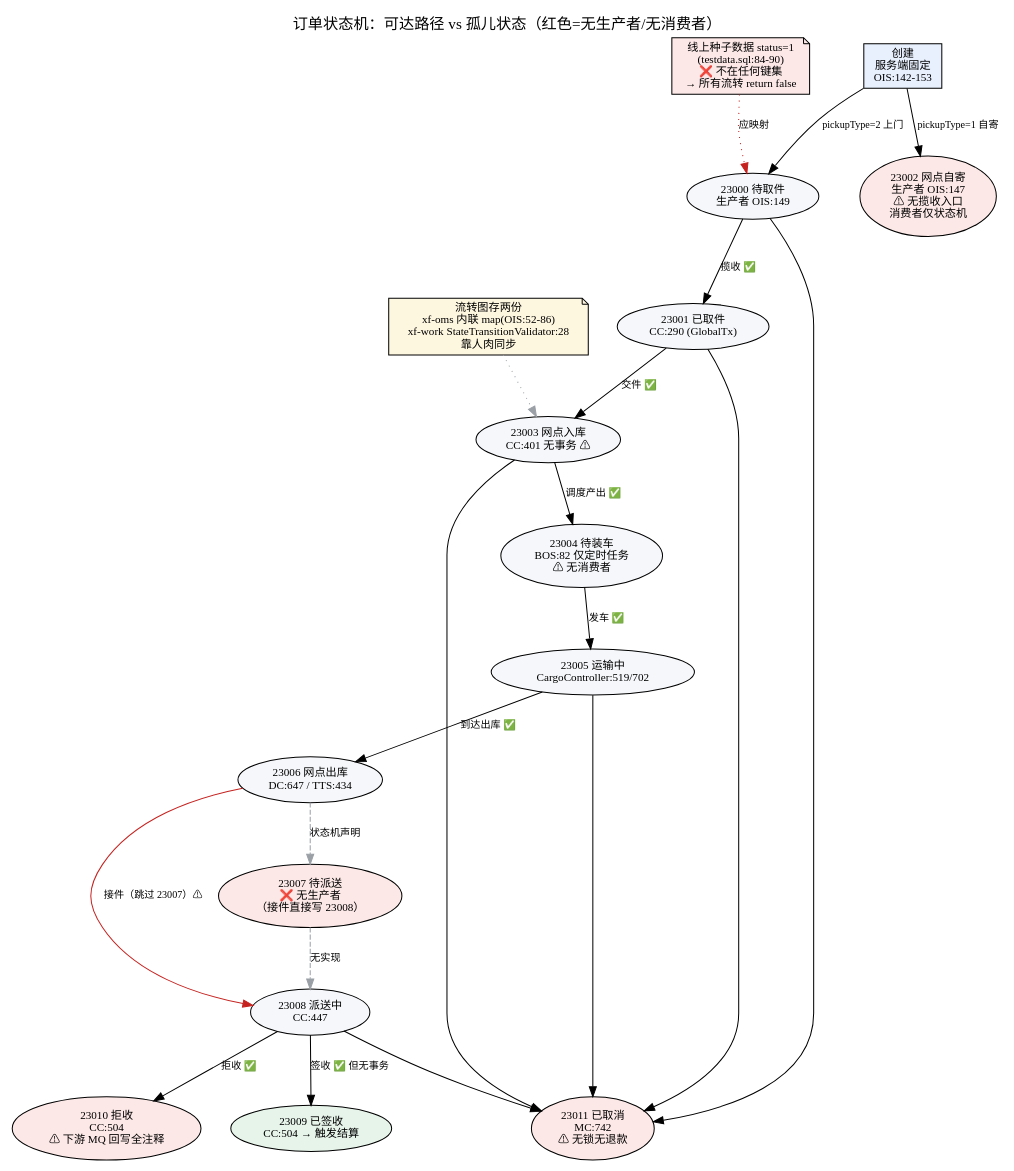
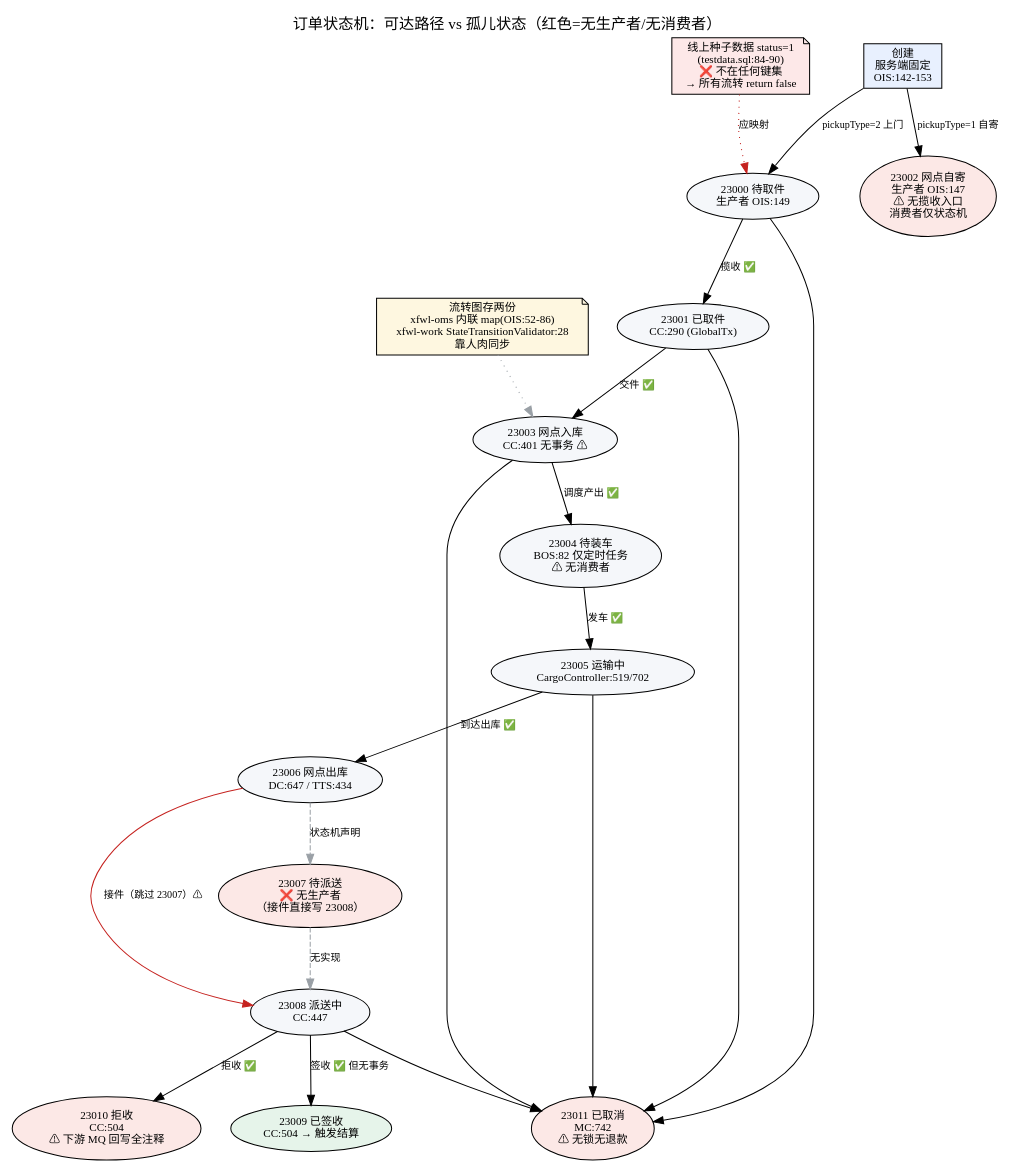
The diagram in docs/architecture/order-lifecycle.dot (itxinfei/pinda-tms), drawn with Graphviz before and after one commit. The commit also changed 2099 other files, not shown here.

```diff
--- a/docs/architecture/order-lifecycle.dot
+++ b/docs/architecture/order-lifecycle.dot
@@ -1,41 +1,41 @@
 // 订单状态机 current-state（枚举 23000-23011，证据：OrderStatus.java:13-71 / OrderServiceImpl.java:52-129）
 // 实线=有代码生产者且有校验；虚线=仅状态机声明但无生产者；红色=孤儿状态或断链
 digraph order_lifecycle {
   rankdir=TB; nodesep=0.4; ranksep=0.7;
   graph [fontname="Microsoft YaHei", fontsize=15, labelloc=t,
          label="订单状态机：可达路径 vs 孤儿状态（红色=无生产者/无消费者）"];
   node [fontname="Microsoft YaHei", fontsize=11, shape=ellipse, style=filled, fillcolor="#f5f7fa"];
   edge [fontname="Microsoft YaHei", fontsize=10];
 
   s0 [label="创建\n服务端固定\nOIS:142-153", shape=box, fillcolor="#e8f0fe"];
   s23000 [label="23000 待取件\n生产者 OIS:149"];
   s23002 [label="23002 网点自寄\n生产者 OIS:147\n⚠ 无揽收入口\n消费者仅状态机", fillcolor="#fce8e6"];
   s23001 [label="23001 已取件\nCC:290 (GlobalTx)"];
   s23003 [label="23003 网点入库\nCC:401 无事务 ⚠"];
   s23004 [label="23004 待装车\nBOS:82 仅定时任务\n⚠ 无消费者"];
   s23005 [label="23005 运输中\nCargoController:519/702"];
   s23006 [label="23006 网点出库\nDC:647 / TTS:434"];
   s23007 [label="23007 待派送\n❌ 无生产者\n（接件直接写 23008）", fillcolor="#fce8e6"];
   s23008 [label="23008 派送中\nCC:447"];
   s23009 [label="23009 已签收\nCC:504 → 触发结算", fillcolor="#e6f4ea"];
   s23010 [label="23010 拒收\nCC:504\n⚠ 下游 MQ 回写全注释", fillcolor="#fce8e6"];
   s23011 [label="23011 已取消\nMC:742\n⚠ 无锁无退款", fillcolor="#fce8e6"];
   seed [label="线上种子数据 status=1\n(testdata.sql:84-90)\n❌ 不在任何键集\n→ 所有流转 return false", shape=note, fillcolor="#fde8e8"];
-  dup [label="流转图存两份\nxf-oms 内联 map(OIS:52-86)\nxf-work StateTransitionValidator:28\n靠人肉同步", shape=note, fillcolor="#fef7e0"];
+  dup [label="流转图存两份\nxfwl-oms 内联 map(OIS:52-86)\nxfwl-work StateTransitionValidator:28\n靠人肉同步", shape=note, fillcolor="#fef7e0"];
 
   s0 -> s23000 [label="pickupType=2 上门"];
   s0 -> s23002 [label="pickupType=1 自寄"];
   s23000 -> s23001 [label="揽收 ✅"];
   s23001 -> s23003 [label="交件 ✅"];
   s23003 -> s23004 [label="调度产出 ✅"];
   s23004 -> s23005 [label="发车 ✅"];
   s23005 -> s23006 [label="到达出库 ✅"];
   s23006 -> s23008 [label="接件（跳过 23007）⚠", color="#c5221f"];
   s23006 -> s23007 [style=dashed, label="状态机声明", color="#9aa0a6"];
   s23007 -> s23008 [style=dashed, label="无实现", color="#9aa0a6"];
   s23008 -> s23009 [label="签收 ✅ 但无事务"];
   s23008 -> s23010 [label="拒收 ✅"];
   s23000 -> s23011; s23001 -> s23011; s23003 -> s23011; s23005 -> s23011; s23008 -> s23011;
   seed -> s23000 [style=dotted, label="应映射", color="#c5221f"];
   dup -> s23003 [style=dotted, color="#9aa0a6"];
 }
```
